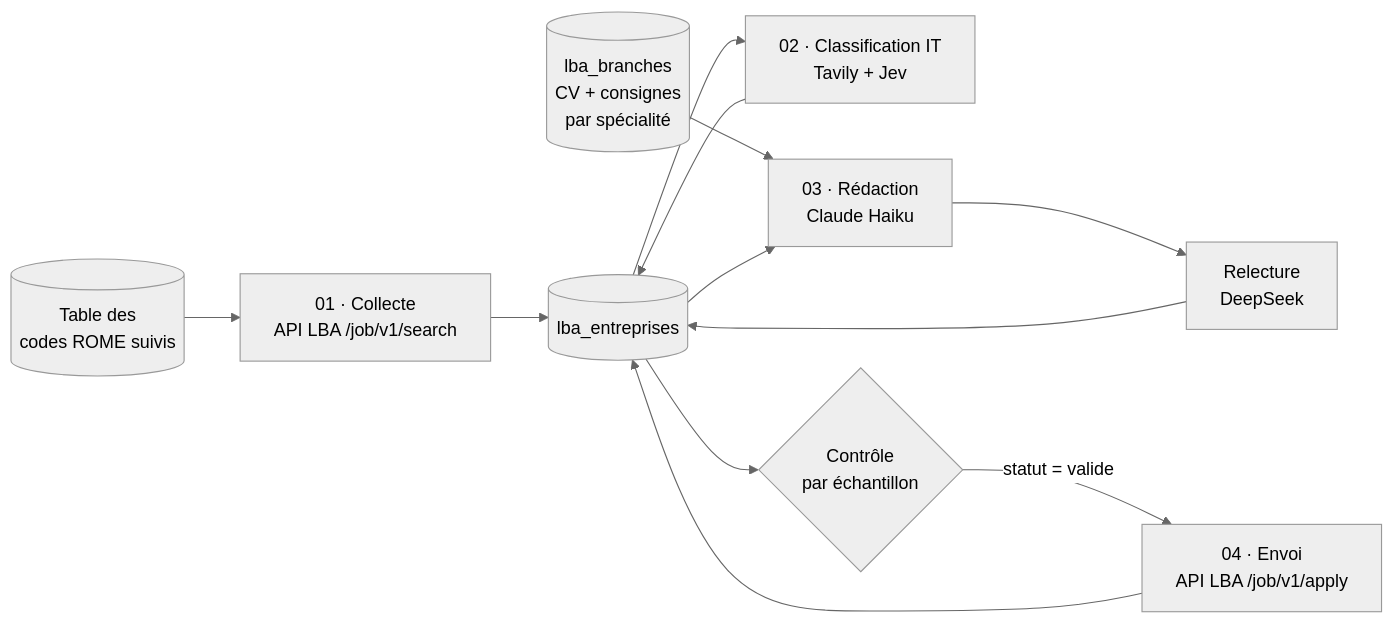
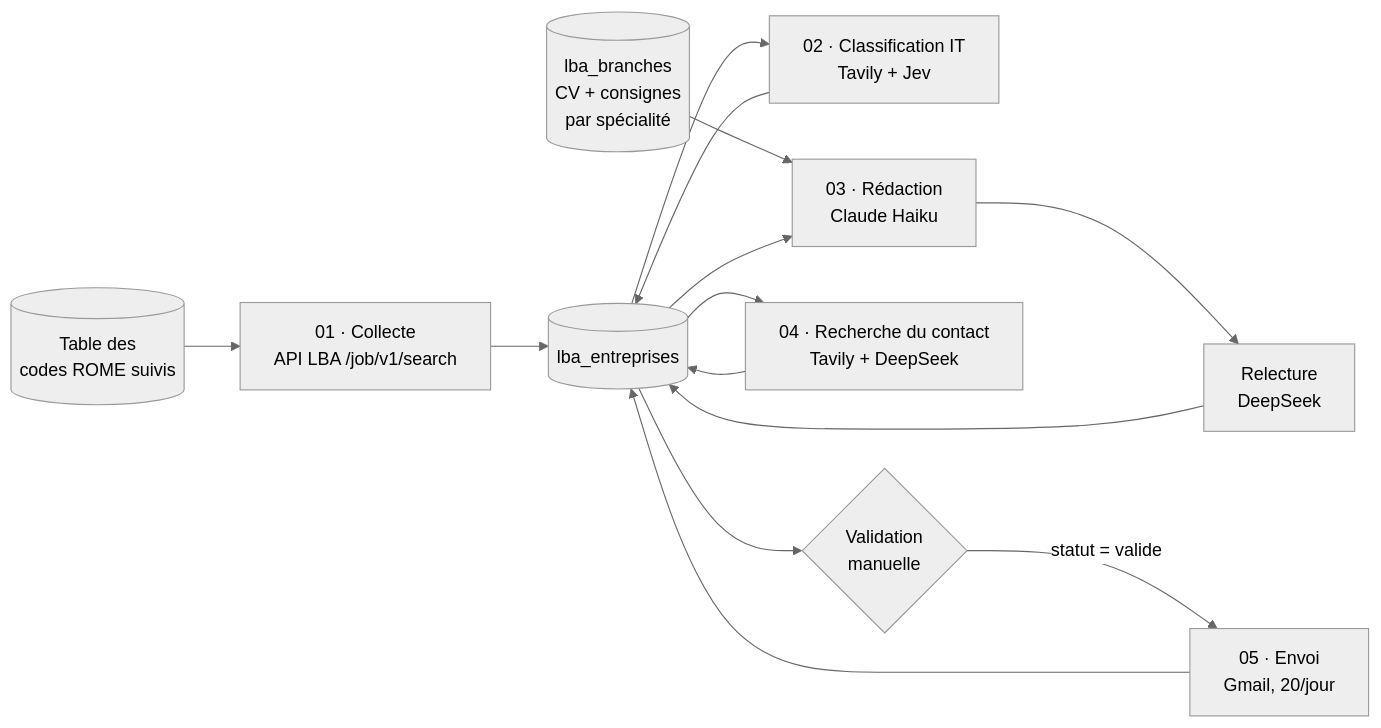
The diagram in README.md (Gauthier-Faisandaz/LBA-automatisation-candidatures-spontan-es), drawn with Mermaid (neutral theme) before and after one commit. The commit also changed other lines of this file and 5 other files, not shown here.

First line of the commit message:
Envoi par email : recherche du contact (04) et envoi Gmail (05), suite au refus de l'habilitation LBA

````diff
--- a/README.md
+++ b/README.md
@@ -14,14 +14,16 @@
 ```mermaid
 flowchart LR
     A[(Table des<br/>codes ROME suivis)] --> B[01 · Collecte<br/>API LBA /job/v1/search]
     B --> T[(lba_entreprises)]
     T --> C[02 · Classification IT<br/>Tavily + Jev]
     C --> T
     R[(lba_branches<br/>CV + consignes<br/>par spécialité)] --> D
     T --> D[03 · Rédaction<br/>Claude Haiku]
     D --> RL[Relecture<br/>DeepSeek]
+    T --> K[04 · Recherche du contact<br/>Tavily + DeepSeek]
+    K --> T
     RL --> T
-    T --> V{Contrôle<br/>par échantillon}
-    V -->|statut = valide| E[04 · Envoi<br/>API LBA /job/v1/apply]
+    T --> V{Validation<br/>manuelle}
+    V -->|statut = valide| E[05 · Envoi<br/>Gmail, 20/jour]
     E --> T
 ```
````
